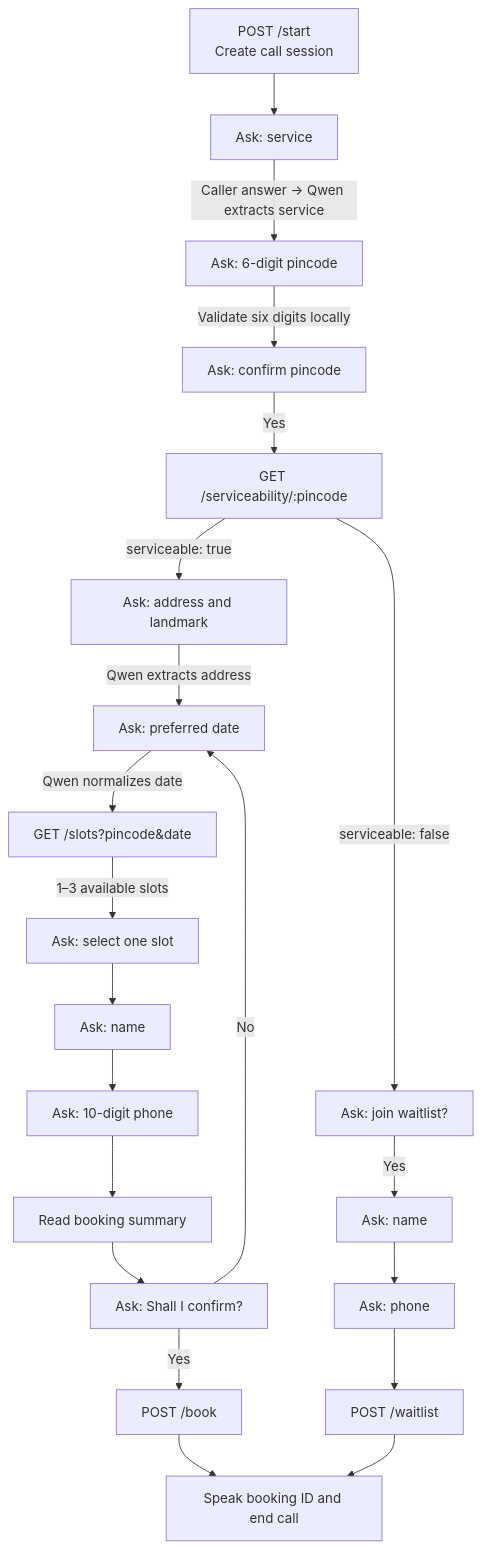
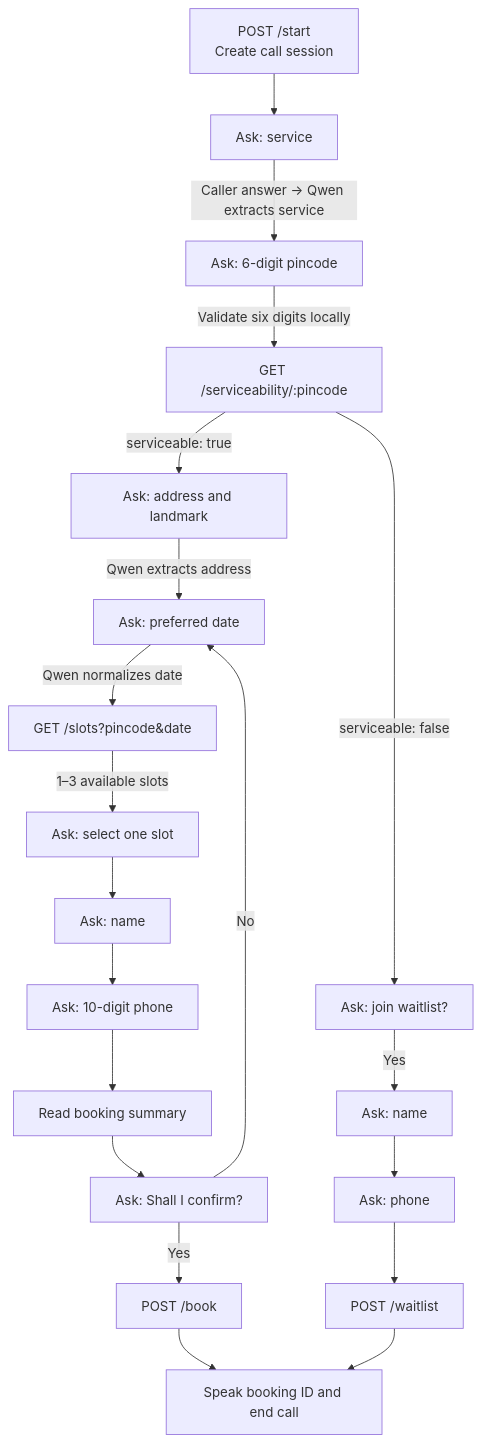
One commit to robona-pk/Voice-Booking-Agent---ClearView changed the second of 2 diagrams in docs/ARCHITECTURE.md. Above: the diagram before and after it, drawn with Mermaid. The commit also changed other lines of this file and 1 other file, not shown here.

Commit message:
Streamline pincode flow and support booking edits

````diff
--- a/docs/ARCHITECTURE.md
+++ b/docs/ARCHITECTURE.md
@@ -32,23 +32,22 @@
 ```mermaid
 flowchart TD
     S[POST /start<br/>Create call session] --> Q1[Ask: service]
     Q1 -->|Caller answer → Qwen extracts service| Q2[Ask: 6-digit pincode]
-    Q2 -->|Validate six digits locally| Q3[Ask: confirm pincode]
-    Q3 -->|Yes| Serviceability[GET /serviceability/:pincode]
+    Q2 -->|Validate six digits locally| Serviceability[GET /serviceability/:pincode]
     Serviceability -->|serviceable: true| Address[Ask: address and landmark]
     Serviceability -->|serviceable: false| WaitlistOffer[Ask: join waitlist?]
     WaitlistOffer -->|Yes| WaitlistName[Ask: name]
     WaitlistName --> WaitlistPhone[Ask: phone]
     WaitlistPhone --> Waitlist[POST /waitlist]
     Address -->|Qwen extracts address| Date[Ask: preferred date]
     Date -->|Qwen normalizes date| Slots[GET /slots?pincode&date]
     Slots -->|1–3 available slots| Slot[Ask: select one slot]
     Slot --> Name[Ask: name]
     Name --> Phone[Ask: 10-digit phone]
     Phone --> Summary[Read booking summary]
     Summary --> Confirm[Ask: Shall I confirm?]
     Confirm -->|Yes| Book[POST /book]
     Confirm -->|No| Date
     Book --> Done[Speak booking ID and end call]
     Waitlist --> Done
 ```
````
